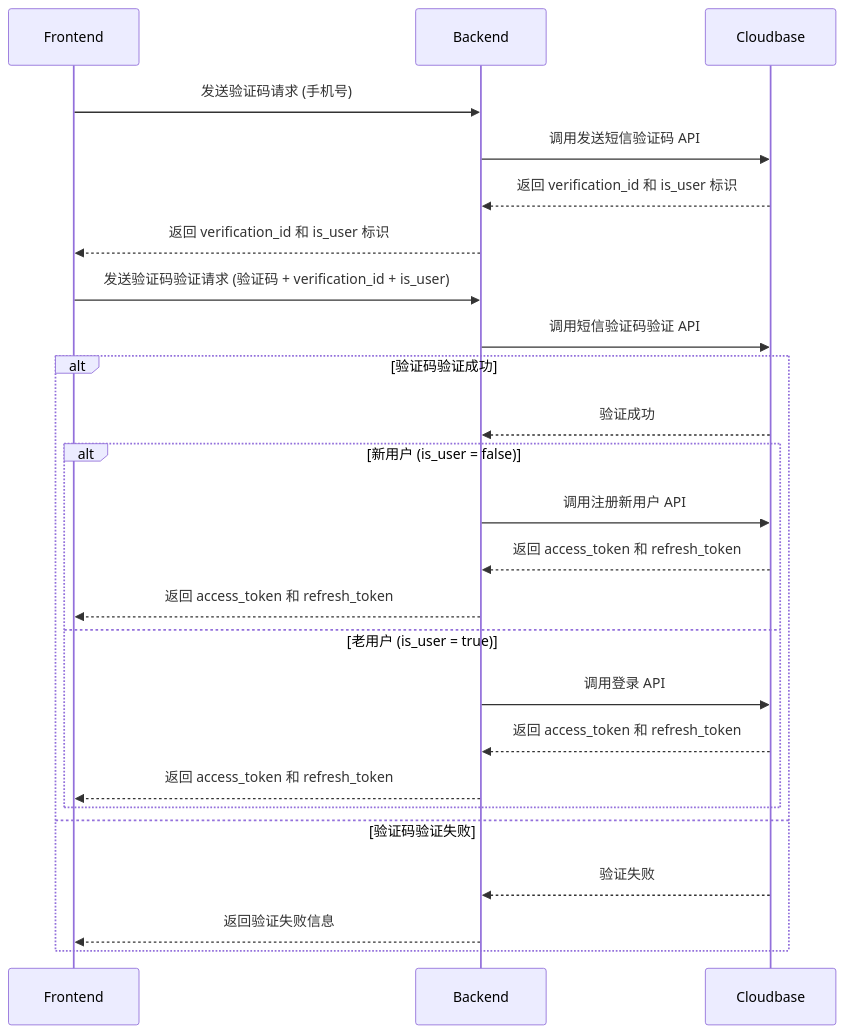
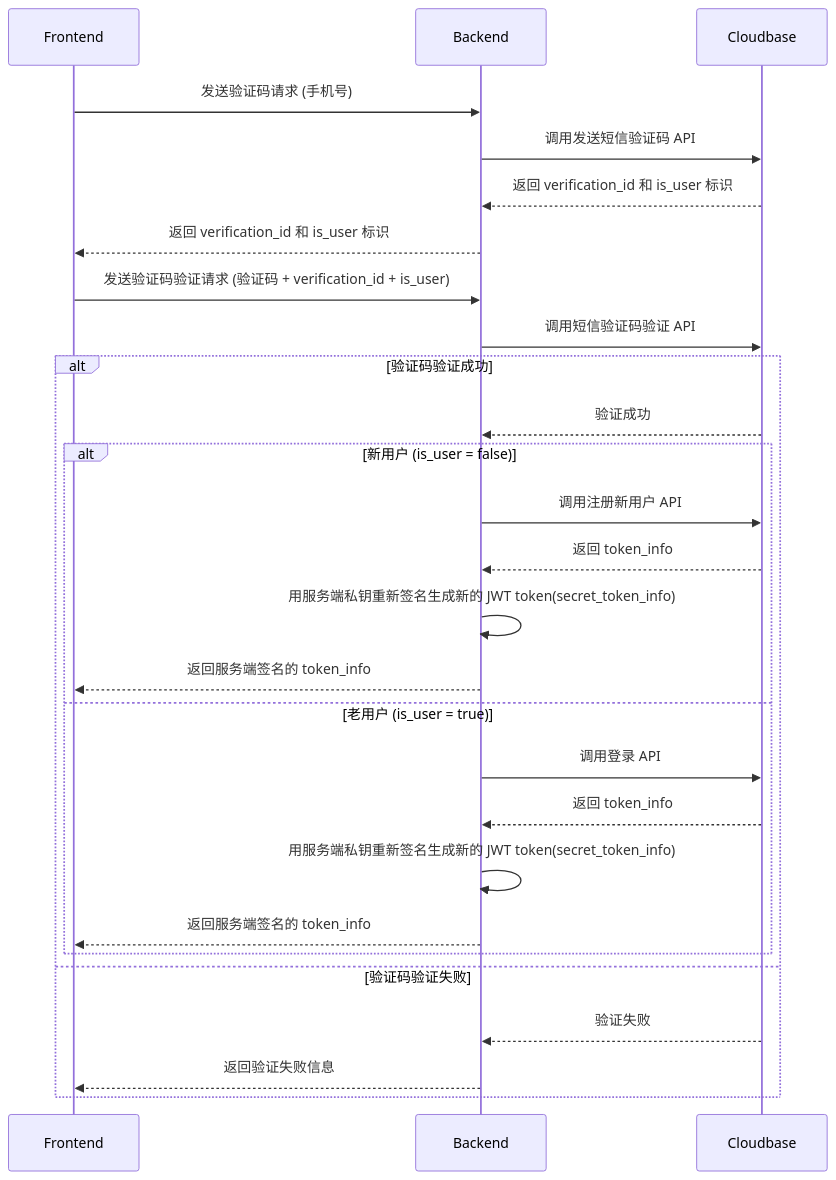
Before and after one commit to wuhonglei/chat-agent: the diagram in backend/docs/用户管理.md, drawn with Mermaid. The commit also changed other lines of this file, not shown here.

Commit message:
feat: 更新用户认证流程文档，添加 token_info 处理及自动刷新机制说明

````diff
--- a/backend/docs/用户管理.md
+++ b/backend/docs/用户管理.md
@@ -5,33 +16,35 @@
 ```mermaid
 sequenceDiagram
     participant 前端 as Frontend
     participant 后端 as Backend
     participant Cloudbase
 
     %% 第一阶段：发送短信验证码
     前端->>后端: 发送验证码请求 (手机号)
     后端->>Cloudbase: 调用发送短信验证码 API
     Cloudbase-->>后端: 返回 verification_id 和 is_user 标识
     后端-->>前端: 返回 verification_id 和 is_user 标识
 
     %% 第二阶段：验证短信验证码
     前端->>后端: 发送验证码验证请求 (验证码 + verification_id + is_user)
     后端->>Cloudbase: 调用短信验证码验证 API
 
     alt 验证码验证成功
         Cloudbase-->>后端: 验证成功
 
         alt 新用户 (is_user = false)
             后端->>Cloudbase: 调用注册新用户 API
-            Cloudbase-->>后端: 返回 access_token 和 refresh_token
-            后端-->>前端: 返回 access_token 和 refresh_token
+            Cloudbase-->>后端: 返回 token_info
+            后端->>后端: 用服务端私钥重新签名生成新的 JWT token(secret_token_info)
+            后端-->>前端: 返回服务端签名的 token_info
         else 老用户 (is_user = true)
             后端->>Cloudbase: 调用登录 API
-            Cloudbase-->>后端: 返回 access_token 和 refresh_token
-            后端-->>前端: 返回 access_token 和 refresh_token
+            Cloudbase-->>后端: 返回 token_info
+            后端->>后端: 用服务端私钥重新签名生成新的 JWT token(secret_token_info)
+            后端-->>前端: 返回服务端签名的 token_info
         end
     else 验证码验证失败
         Cloudbase-->>后端: 验证失败
         后端-->>前端: 返回验证失败信息
     end
 ```
````
